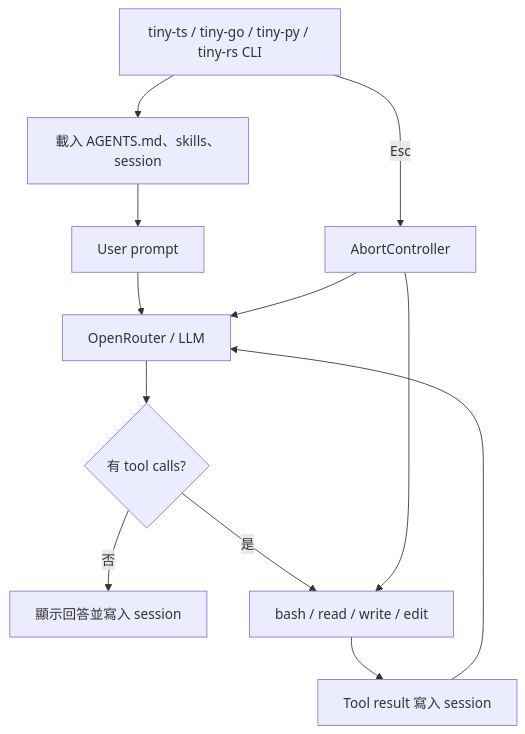
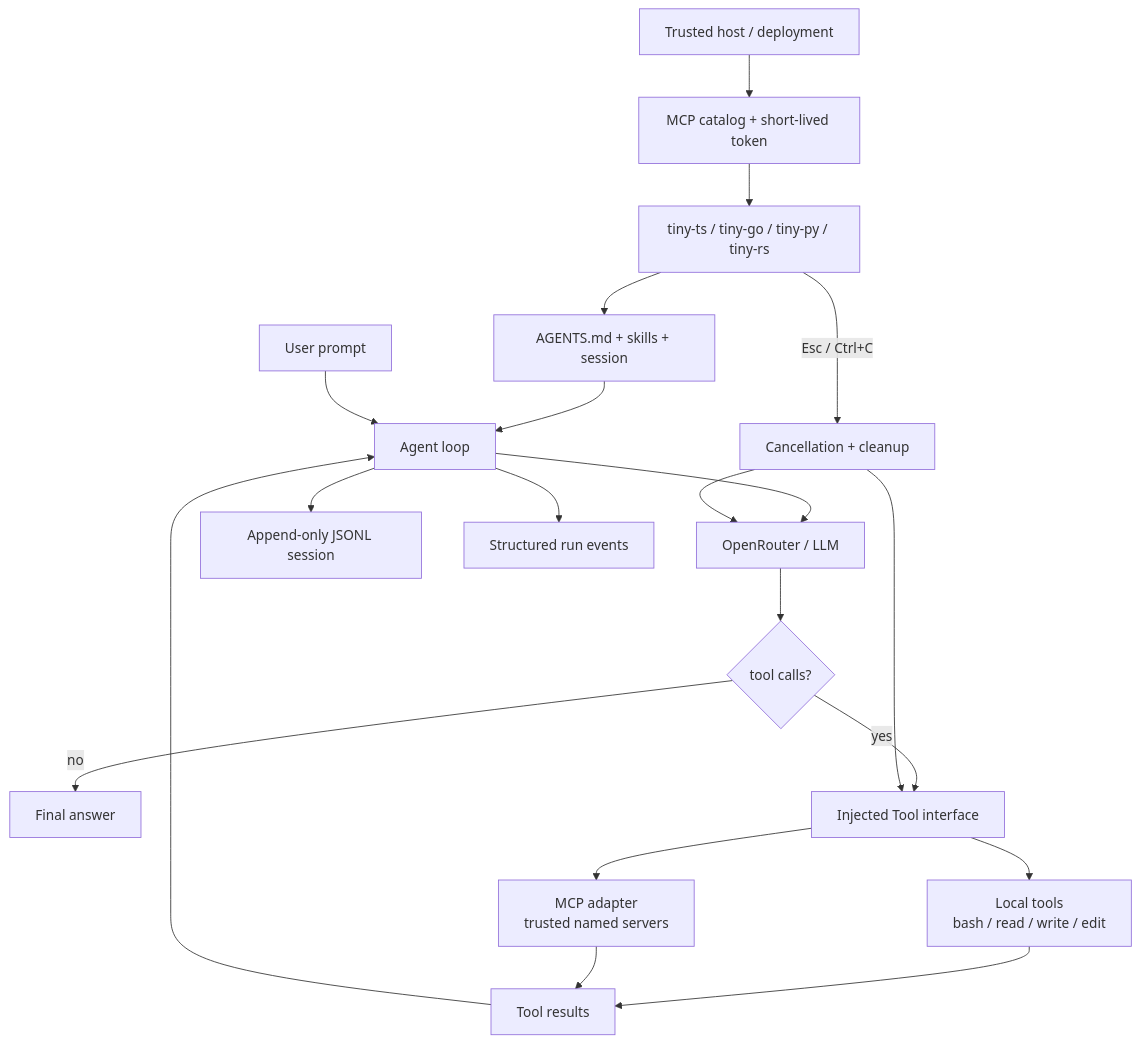
The diagram in README.md (geminixiang/tiny-agent), drawn with Mermaid before and after one commit. The commit also changed other lines of this file, not shown here.

Commit message:
docs: update architecture and MCP usage

````diff
--- a/README.md
+++ b/README.md
@@ -11,14 +11,22 @@
 ```mermaid
 flowchart TD
-    CLI["tiny-ts / tiny-go / tiny-py / tiny-rs CLI"] --> Context["載入 AGENTS.md、skills、session"]
-    Context --> User["User prompt"]
-    User --> Model["OpenRouter / LLM"]
-    Model --> Decision{"有 tool calls?"}
-    Decision -- 否 --> Answer["顯示回答並寫入 session"]
-    Decision -- 是 --> Tools["bash / read / write / edit"]
-    Tools --> Result["Tool result 寫入 session"]
-    Result --> Model
-    CLI -- Esc --> Abort["AbortController"]
-    Abort --> Model
-    Abort --> Tools
+    Host["Trusted host / deployment"] --> Catalog["MCP catalog + short-lived token"]
+    CLI["tiny-ts / tiny-go / tiny-py / tiny-rs"] --> Context["AGENTS.md + skills + session"]
+    Catalog --> CLI
+    Context --> Loop["Agent loop"]
+    User["User prompt"] --> Loop
+    Loop --> Model["OpenRouter / LLM"]
+    Model --> Decision{"tool calls?"}
+    Decision -- no --> Answer["Final answer"]
+    Decision -- yes --> Dispatch["Injected Tool interface"]
+    Dispatch --> Local["Local tools\nbash / read / write / edit"]
+    Dispatch --> MCP["MCP adapter\ntrusted named servers"]
+    Local --> Results["Tool results"]
+    MCP --> Results
+    Results --> Loop
+    Loop --> Session["Append-only JSONL session"]
+    Loop --> Events["Structured run events"]
+    CLI -- "Esc / Ctrl+C" --> Cancel["Cancellation + cleanup"]
+    Cancel --> Model
+    Cancel --> Dispatch
 ```
````
